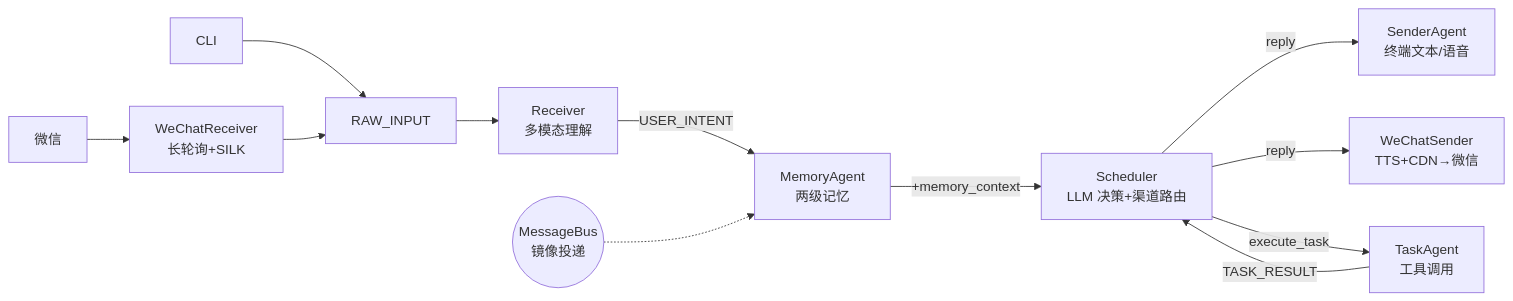
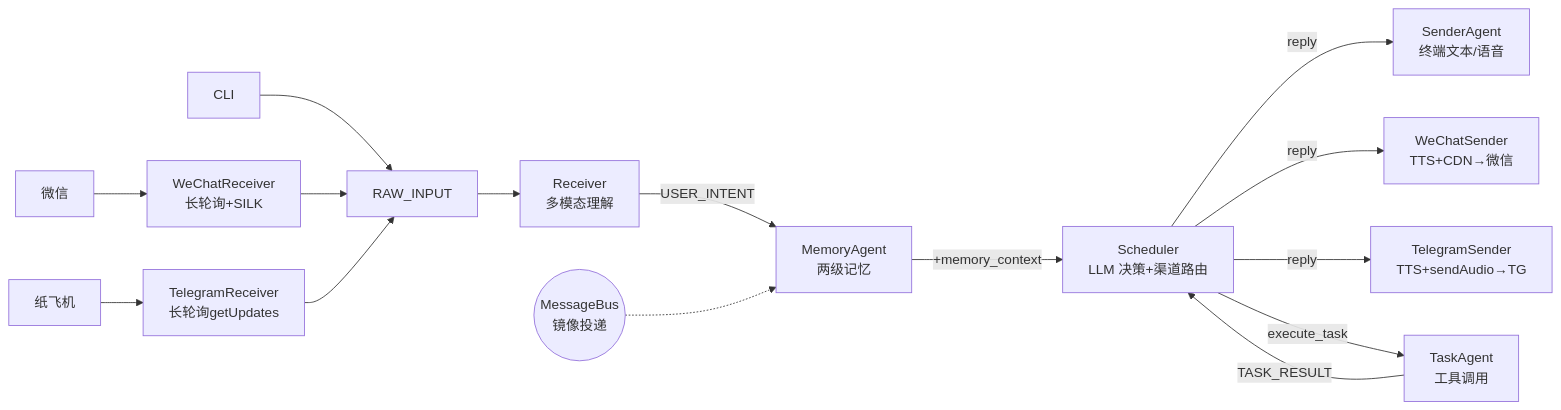
Before and after one commit to linnin233-l/mia: the diagram in README.md, drawn with Mermaid. The commit also changed other lines of this file, not shown here.

First line of the commit message:
docs: README 架构图更新 — 9 Agent (含 Telegram 收发) + Web 前端

````diff
--- a/README.md
+++ b/README.md
@@ -9,15 +9,17 @@
 ```mermaid
 flowchart LR
     CLI --> RAW[RAW_INPUT]
     WX[微信] --> WR[WeChatReceiver<br/>长轮询+SILK] --> RAW
+    TG[纸飞机] --> TR[TelegramReceiver<br/>长轮询getUpdates] --> RAW
 
     RAW --> R[Receiver<br/>多模态理解]
     R -->|USER_INTENT| Mem[MemoryAgent<br/>两级记忆]
     Mem -->|+memory_context| Sch[Scheduler<br/>LLM 决策+渠道路由]
     Sch -->|reply| SD[SenderAgent<br/>终端文本/语音]
     Sch -->|reply| WS[WeChatSender<br/>TTS+CDN→微信]
+    Sch -->|reply| TS[TelegramSender<br/>TTS+sendAudio→TG]
     Sch -->|execute_task| TA[TaskAgent<br/>工具调用]
     TA -->|TASK_RESULT| Sch
 
     Bus((MessageBus<br/>镜像投递)) -.-> Mem
 ```
````
